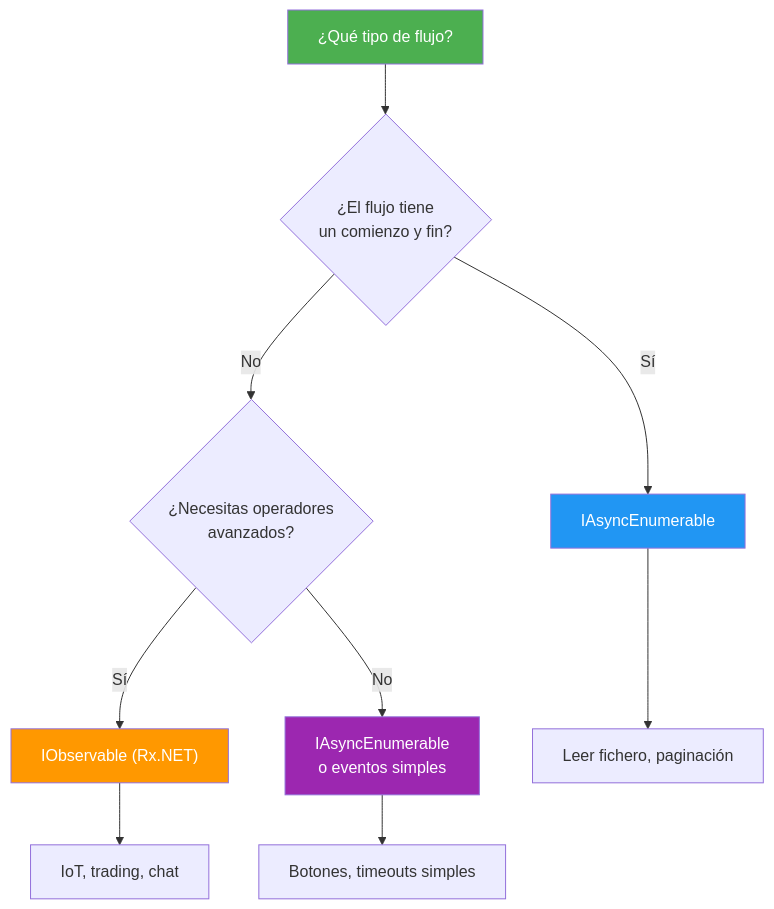
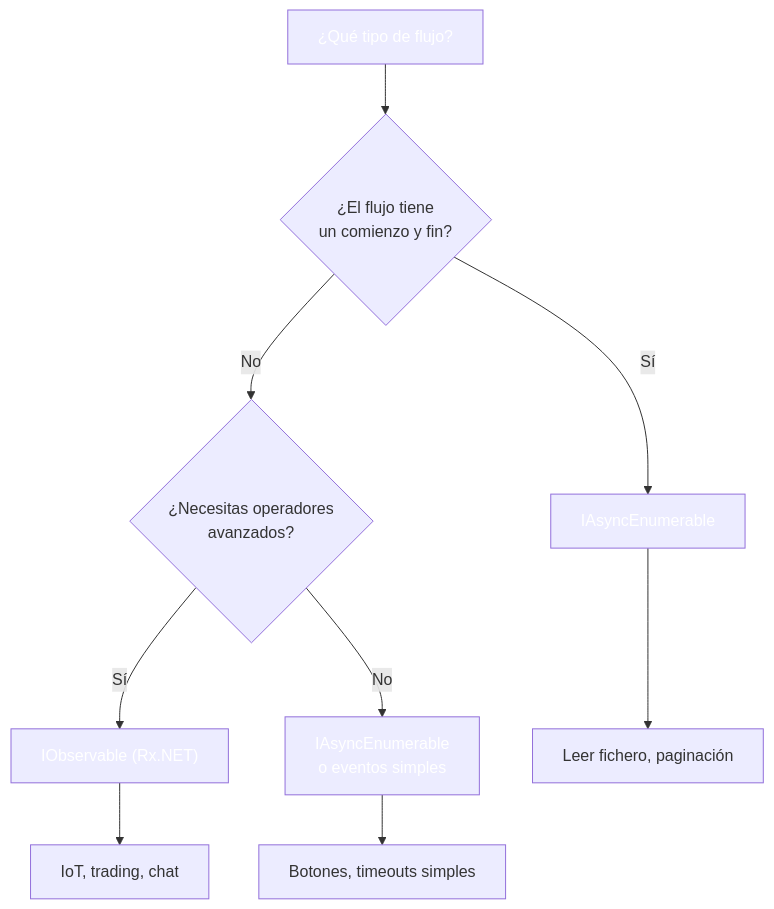
One commit to joseluisgs/DesarrolloWebEntornosServidor-01-2026-2027 changed the fourth of 4 diagrams in 17-programacion-reactiva.md. Above: the diagram before and after it, drawn with Mermaid. The commit also changed other lines of this file and 66 other files, not shown here.

First line of the commit message:
fix: normalizar titulos al castellano de frase y corregir la paleta de mermaid

````diff
--- a/17-programacion-reactiva.md
+++ b/17-programacion-reactiva.md
@@ -497,17 +497,17 @@
 ```mermaid
 graph TD
     A["¿Qué tipo de flujo?"] --> B{"¿El flujo tiene<br/>un comienzo y fin?"}
     B -->|"Sí"| C["IAsyncEnumerable"]
     B -->|"No"| D{"¿Necesitas operadores<br/>avanzados?"}
     D -->|"Sí"| E["IObservable (Rx.NET)"]
     D -->|"No"| F["IAsyncEnumerable<br/>o eventos simples"]
 
     C --> G["Leer fichero, paginación"]
     E --> H["IoT, trading, chat"]
     F --> I["Botones, timeouts simples"]
 
-    style A fill:#4CAF50,color:#fff
-    style C fill:#2196F3,color:#fff
-    style E fill:#FF9800,color:#fff
-    style F fill:#9C27B0,color:#fff
+    style A fill:#4CAF5,color:#fff0,color:#fff
+    style C fill:#2196F,color:#fff3,color:#fff
+    style E fill:#FF980,color:#fff0,color:#fff
+    style F fill:#9C27B,color:#fff0,color:#fff
 ```
````
